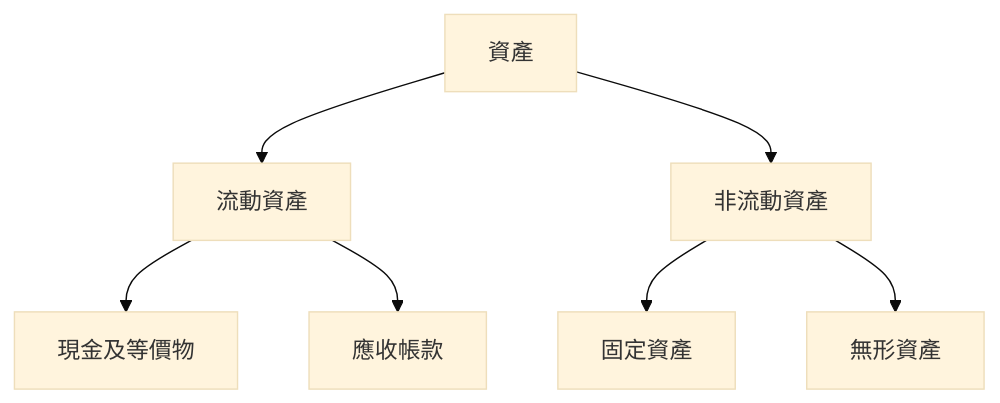
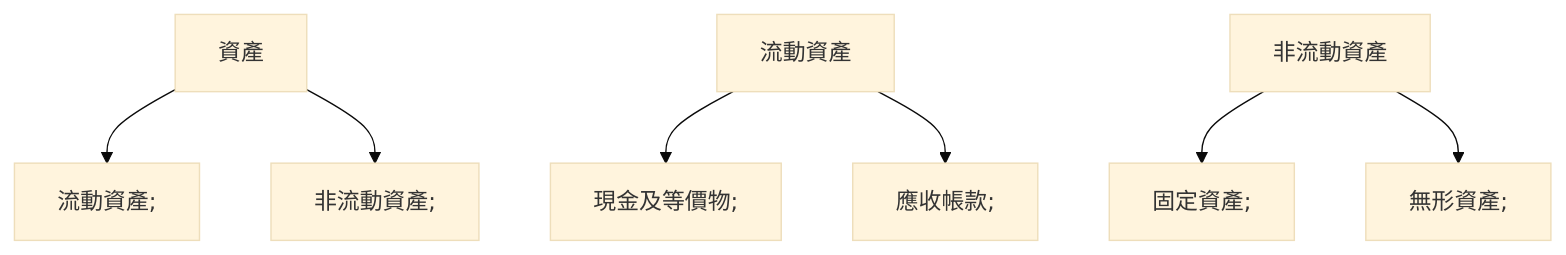
One commit to yennanliu/finance_data changed the sixth of 11 diagrams in ai_gen_report/stock/sofi/fundamental_analysis_2026-03-22_openai.md. Above: the diagram before and after it, drawn with Mermaid (base theme). The commit also changed other lines of this file and 2258 other files, not shown here.

First line of the commit message:
chore: backfill Mermaid syntax repair across existing reports

````diff
--- a/ai_gen_report/stock/sofi/fundamental_analysis_2026-03-22_openai.md
+++ b/ai_gen_report/stock/sofi/fundamental_analysis_2026-03-22_openai.md
@@ -150,9 +150,9 @@
 ```mermaid
 graph TD;
-  資產-->流動資產;
-  資產-->非流動資產;
-  流動資產-->現金及等價物;
-  流動資產-->應收帳款;
-  非流動資產-->固定資產;
-  非流動資產-->無形資產;
+  資產 --> nb1["流動資產;"]
+  資產 --> nb2["非流動資產;"]
+  流動資產 --> nb3["現金及等價物;"]
+  流動資產 --> nb4["應收帳款;"]
+  非流動資產 --> nb5["固定資產;"]
+  非流動資產 --> nb6["無形資產;"]
 ```
````
